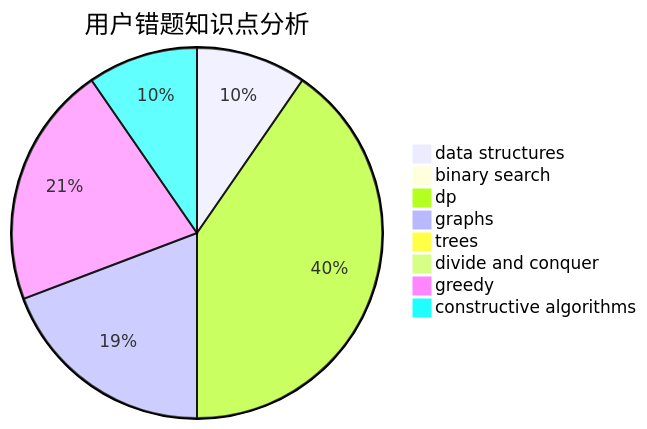
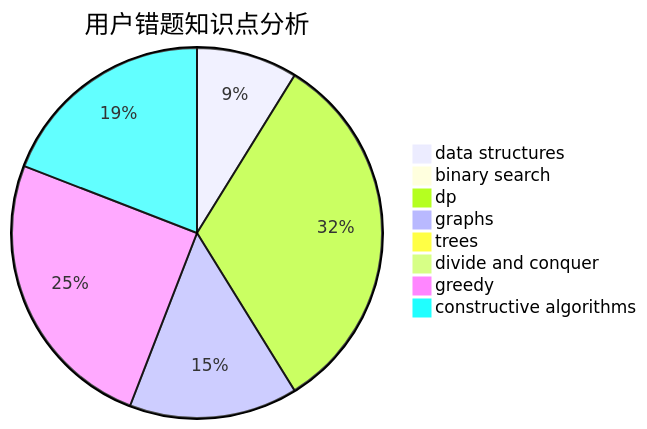
One commit to sherpahu/cfrs.github.io changed the third of 3 diagrams in docs/user/u1943.md. Above: the diagram before and after it, drawn with Mermaid. The commit also changed other lines of this file and 2770 other files, not shown here.

````diff
--- a/docs/user/u1943.md
+++ b/docs/user/u1943.md
@@ -36,11 +36,11 @@
 ```mermaid
 pie title 用户错题知识点分析
-    "data structures" :  5
+    "data structures" :  6
     "binary search" :  0
-    "dp" :  21
+    "dp" :  22
     "graphs" :  10
     "trees" :  0
     "divide and conquer" :  0
-    "greedy" :  11
-    "constructive algorithms" :  5
+    "greedy" :  17
+    "constructive algorithms" :  13
 ```
````
